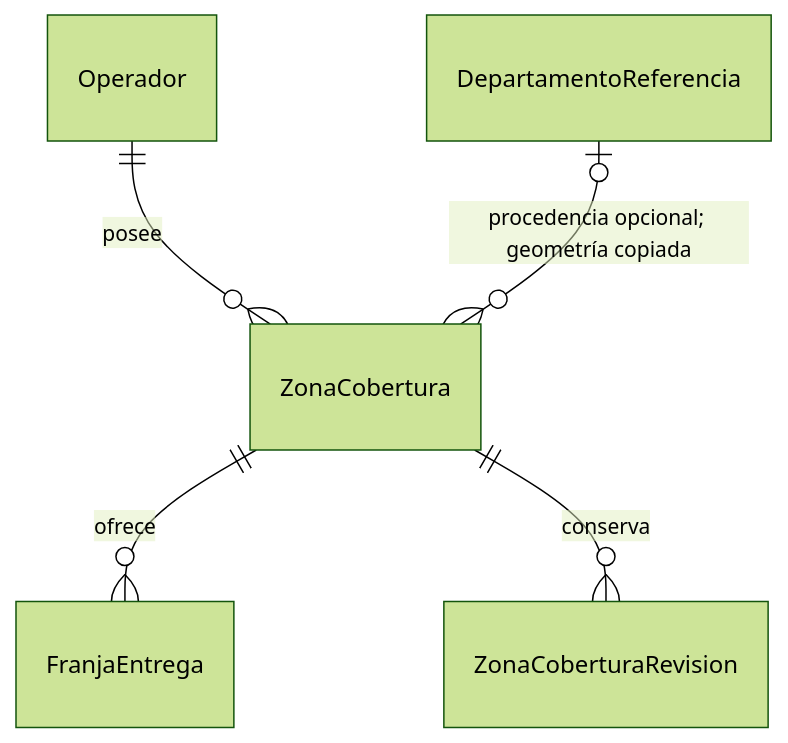
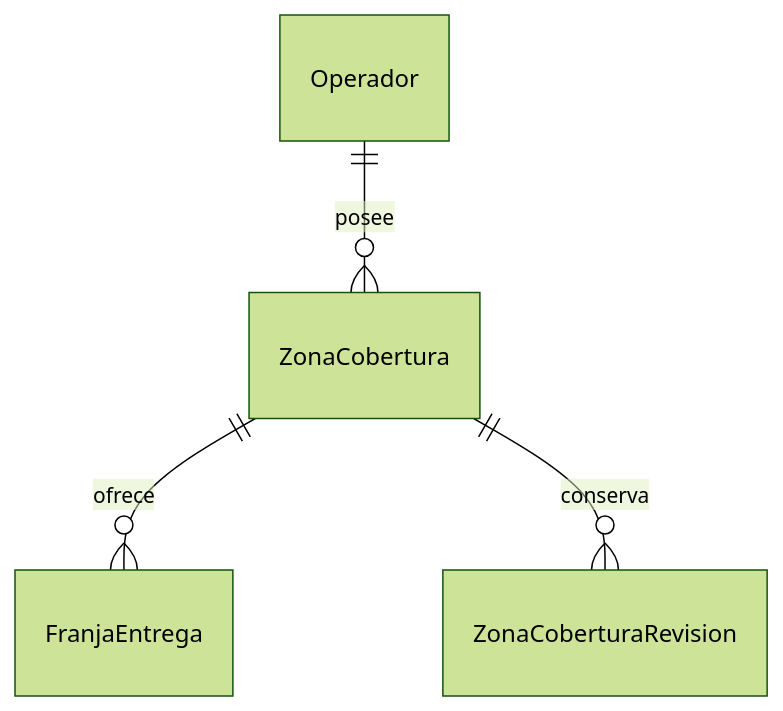
The diagram in docs/cu/CU-02-zonas-franjas.md (NexoRuta/NexoRuta-Backend), drawn with Mermaid (forest theme) before and after one commit. The commit also changed other lines of this file and 9 other files, not shown here.

```diff
--- a/docs/cu/CU-02-zonas-franjas.md
+++ b/docs/cu/CU-02-zonas-franjas.md
@@ -98,7 +98,6 @@
 ~~~mermaid
 erDiagram
     Operador ||--o{ ZonaCobertura : posee
     ZonaCobertura ||--o{ FranjaEntrega : ofrece
     ZonaCobertura ||--o{ ZonaCoberturaRevision : conserva
-    DepartamentoReferencia o|--o{ ZonaCobertura : "procedencia opcional; geometría copiada"
 ~~~
```
